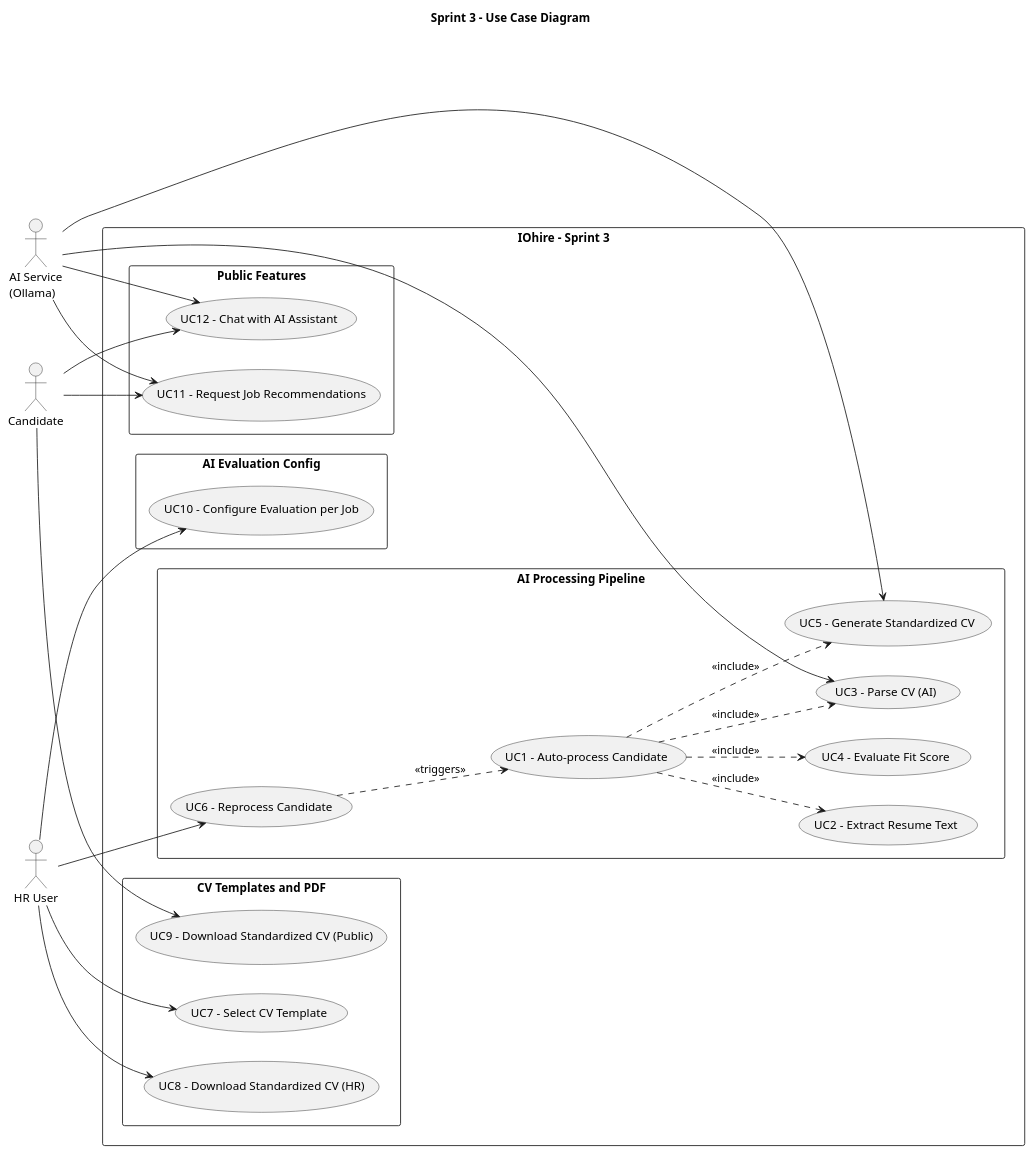
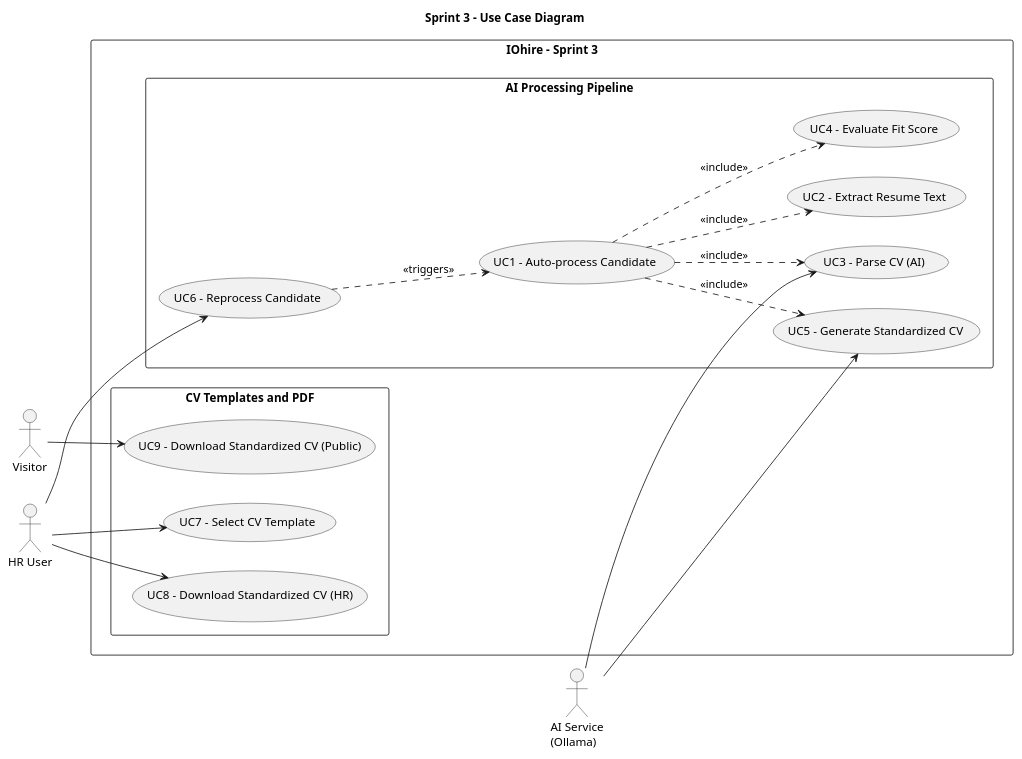
Before and after one commit to OussamaRhimi/IOhire: the diagram in docs/uml/sprint3_usecase.puml, drawn with PlantUML. The commit also changed 25 other files, not shown here.

```diff
--- a/docs/uml/sprint3_usecase.puml
+++ b/docs/uml/sprint3_usecase.puml
@@ -1,58 +1,44 @@
 @startuml
 title Sprint 3 - Use Case Diagram
 left to right direction
 skinparam packageStyle rectangle
 skinparam shadowing false
 
-actor Candidate as A_Candidate
+actor Visitor as A_Visitor
 actor "HR User" as A_HR
 actor "AI Service\n(Ollama)" as A_AI
 
 rectangle "IOhire - Sprint 3" {
   package "AI Processing Pipeline" {
     usecase "UC1 - Auto-process Candidate" as UC1
     usecase "UC2 - Extract Resume Text" as UC2
     usecase "UC3 - Parse CV (AI)" as UC3
     usecase "UC4 - Evaluate Fit Score" as UC4
     usecase "UC5 - Generate Standardized CV" as UC5
     usecase "UC6 - Reprocess Candidate" as UC6
   }
 
   package "CV Templates and PDF" {
     usecase "UC7 - Select CV Template" as UC7
     usecase "UC8 - Download Standardized CV (HR)" as UC8
     usecase "UC9 - Download Standardized CV (Public)" as UC9
   }
-
-  package "AI Evaluation Config" {
-    usecase "UC10 - Configure Evaluation per Job" as UC10
-  }
-
-  package "Public Features" {
-    usecase "UC11 - Request Job Recommendations" as UC11
-    usecase "UC12 - Chat with AI Assistant" as UC12
-  }
 }
 
 A_HR --> UC6
 A_HR --> UC7
 A_HR --> UC8
-A_HR --> UC10
 
-A_Candidate --> UC9
-A_Candidate --> UC11
-A_Candidate --> UC12
+A_Visitor --> UC9
 
 UC1 ..> UC2 : <<include>>
 UC1 ..> UC3 : <<include>>
 UC1 ..> UC4 : <<include>>
 UC1 ..> UC5 : <<include>>
 
 UC6 ..> UC1 : <<triggers>>
 
 A_AI --> UC3
 A_AI --> UC5
-A_AI --> UC11
-A_AI --> UC12
 
 @enduml
```
